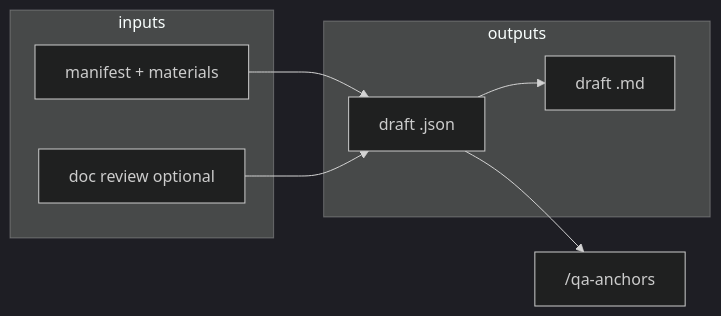
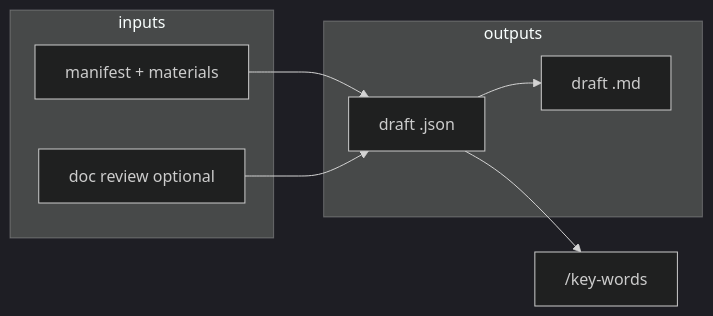
The sixth of 9 diagrams in docs/REQUIREMENTS.md (jansonnr/tgs_qa_plugin), drawn with Mermaid (dark theme) before and after one commit. The commit also changed other lines of this file and 37 other files, not shown here.

````diff
--- a/docs/REQUIREMENTS.md
+++ b/docs/REQUIREMENTS.md
@@ -296,15 +296,15 @@
 ```mermaid
 flowchart LR
   subgraph inputs
     M[manifest + materials]
     DR[doc review optional]
   end
   subgraph outputs
     J[draft .json]
     MD[draft .md]
   end
   M --> J
   DR --> J
   J --> MD
-  J --> ANC["/qa-anchors"]
+  J --> ANC["/key-words"]
 ```
````
